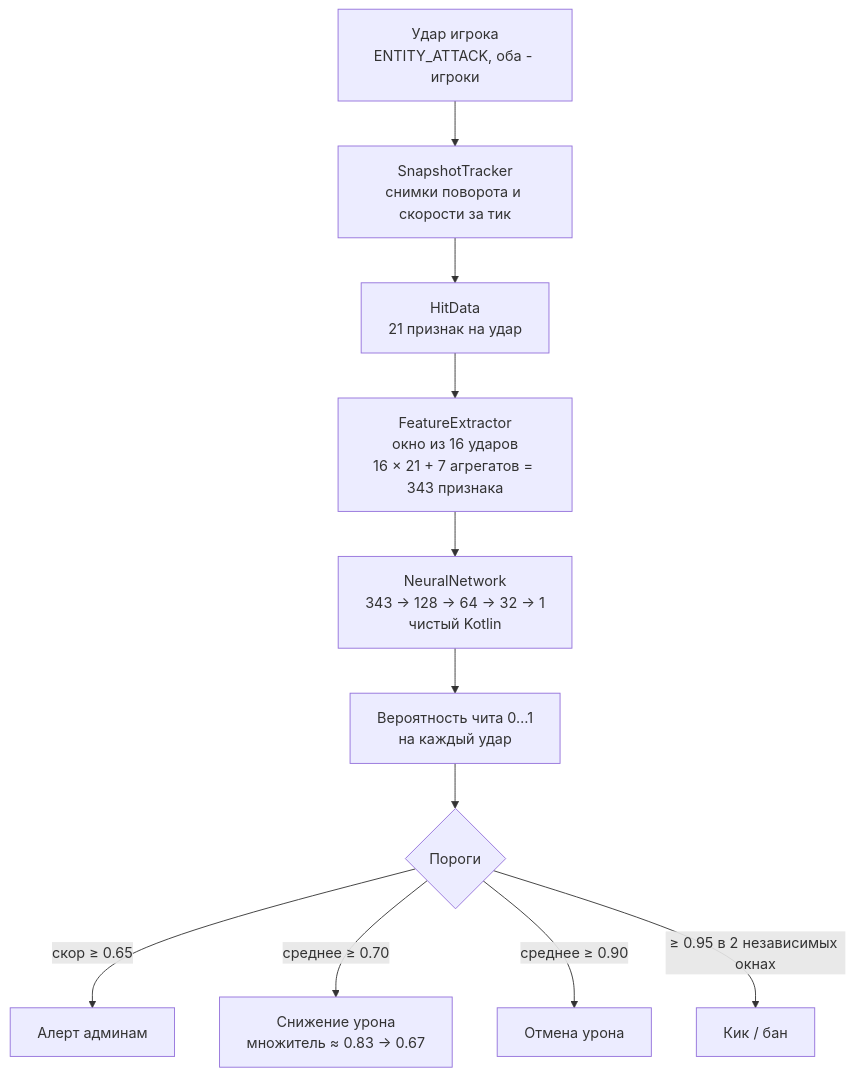
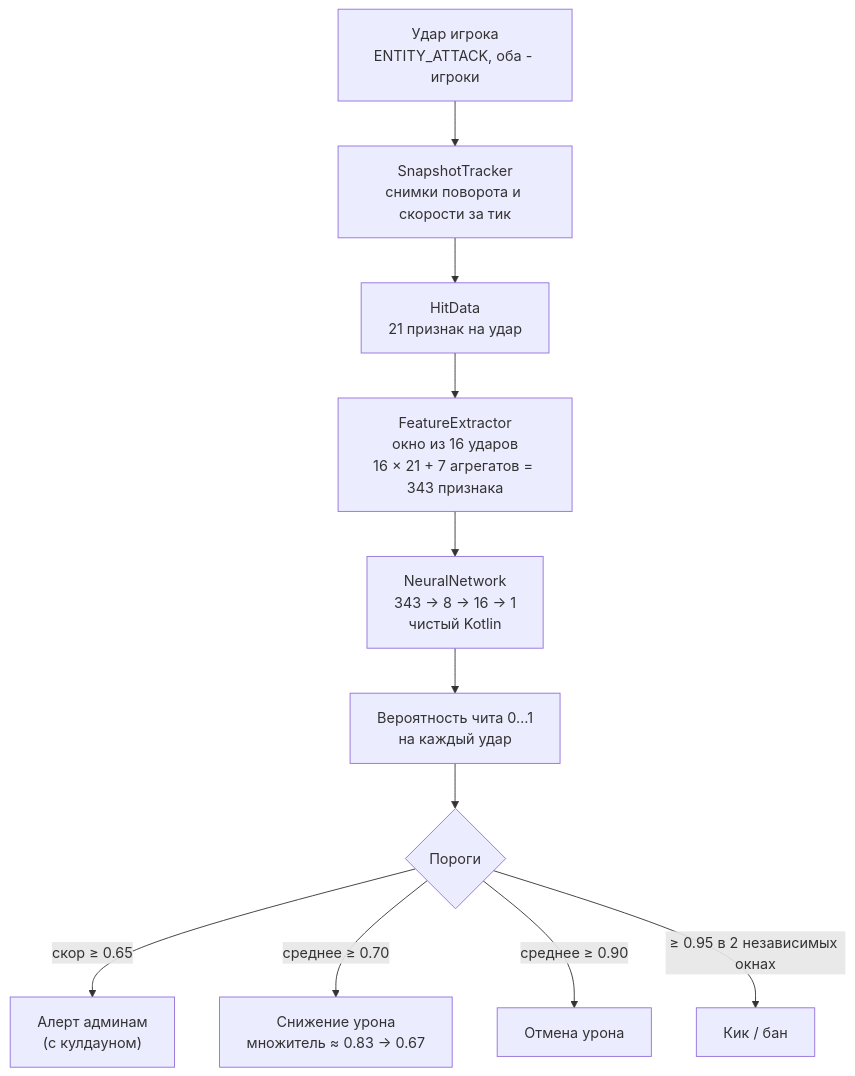
One commit to 6lGRUSHAl6/DaynAC changed the diagram in README.md. Above: the diagram before and after it, drawn with Mermaid. The commit also changed other lines of this file and 1 other file, not shown here.

````diff
--- a/README.md
+++ b/README.md
@@ -51,13 +62,13 @@
 ```mermaid
 flowchart TB
     hit["Удар игрока<br/>ENTITY_ATTACK, оба - игроки"] --> track["SnapshotTracker<br/>снимки поворота и скорости за тик"]
     track --> hitdata["HitData<br/>21 признак на удар"]
     hitdata --> feat["FeatureExtractor<br/>окно из 16 ударов<br/>16 × 21 + 7 агрегатов = 343 признака"]
-    feat --> nn["NeuralNetwork<br/>343 → 128 → 64 → 32 → 1<br/>чистый Kotlin"]
+    feat --> nn["NeuralNetwork<br/>343 → 8 → 16 → 1<br/>чистый Kotlin"]
     nn --> score["Вероятность чита 0…1<br/>на каждый удар"]
     score --> rule{"Пороги"}
-    rule -->|"скор ≥ 0.65"| alert["Алерт админам"]
+    rule -->|"скор ≥ 0.65"| alert["Алерт админам<br/>(с кулдауном)"]
     rule -->|"среднее ≥ 0.70"| reduce["Снижение урона<br/>множитель ≈ 0.83 → 0.67"]
     rule -->|"среднее ≥ 0.90"| cancel["Отмена урона"]
     rule -->|"≥ 0.95 в 2 независимых окнах"| punish["Кик / бан"]
 ```
````
